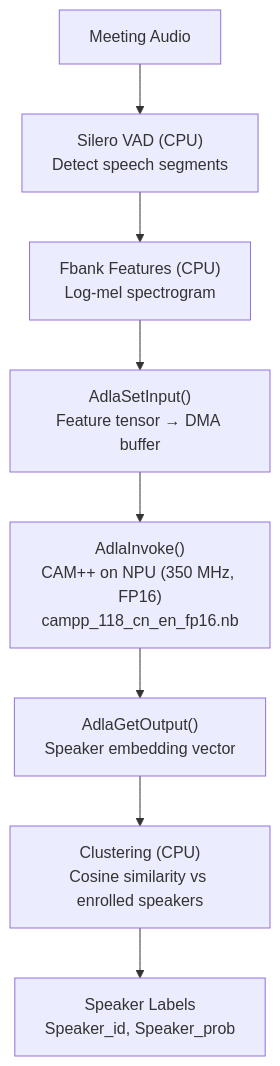
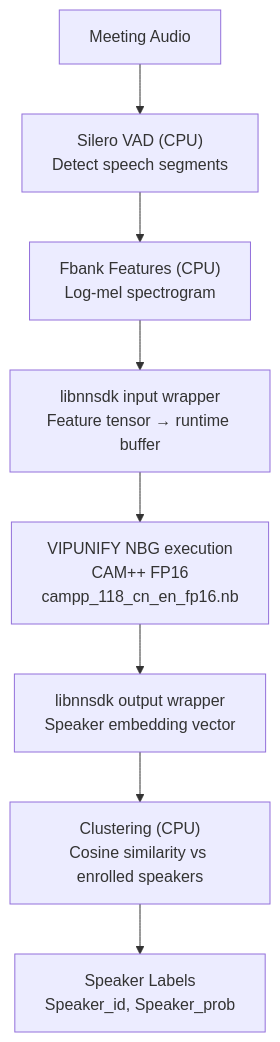
One commit to XavierGeerinck/insta360-custom-firmware changed the fourth of 6 diagrams in docs/REPORT_NPU.md. Above: the diagram before and after it, drawn with Mermaid. The commit also changed other lines of this file and 5 other files, not shown here.

````diff
--- a/docs/REPORT_NPU.md
+++ b/docs/REPORT_NPU.md
@@ -367,10 +554,10 @@
 ```mermaid
 flowchart TD
     AUDIO["Meeting Audio"] --> VAD["Silero VAD (CPU)<br/>Detect speech segments"]
     VAD --> FBANK["Fbank Features (CPU)<br/>Log-mel spectrogram"]
-    FBANK --> NPU_IN["AdlaSetInput()<br/>Feature tensor → DMA buffer"]
-    NPU_IN --> NPU_RUN["AdlaInvoke()<br/>CAM++ on NPU (350 MHz, FP16)<br/>campp_118_cn_en_fp16.nb"]
-    NPU_RUN --> NPU_OUT["AdlaGetOutput()<br/>Speaker embedding vector"]
+    FBANK --> NPU_IN["libnnsdk input wrapper<br/>Feature tensor → runtime buffer"]
+    NPU_IN --> NPU_RUN["VIPUNIFY NBG execution<br/>CAM++ FP16<br/>campp_118_cn_en_fp16.nb"]
+    NPU_RUN --> NPU_OUT["libnnsdk output wrapper<br/>Speaker embedding vector"]
     NPU_OUT --> CLUSTER["Clustering (CPU)<br/>Cosine similarity vs enrolled speakers"]
     CLUSTER --> LABELS["Speaker Labels<br/>Speaker_id, Speaker_prob"]
 ```
````
